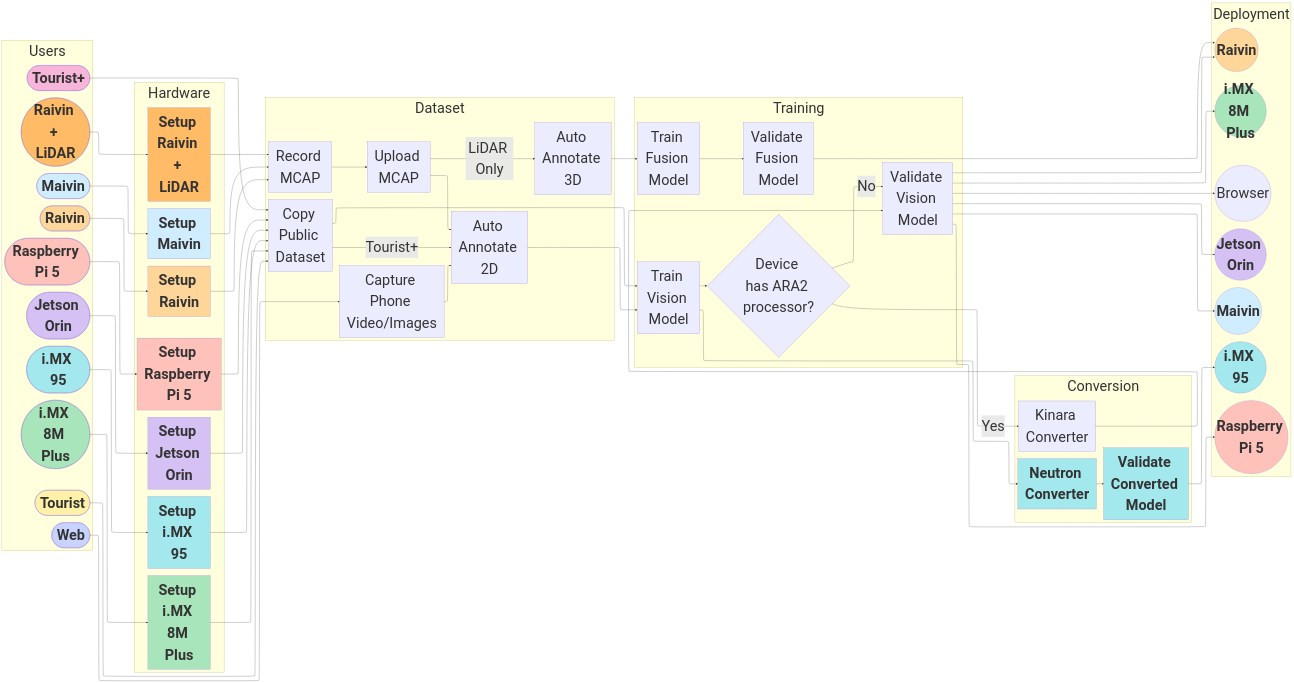
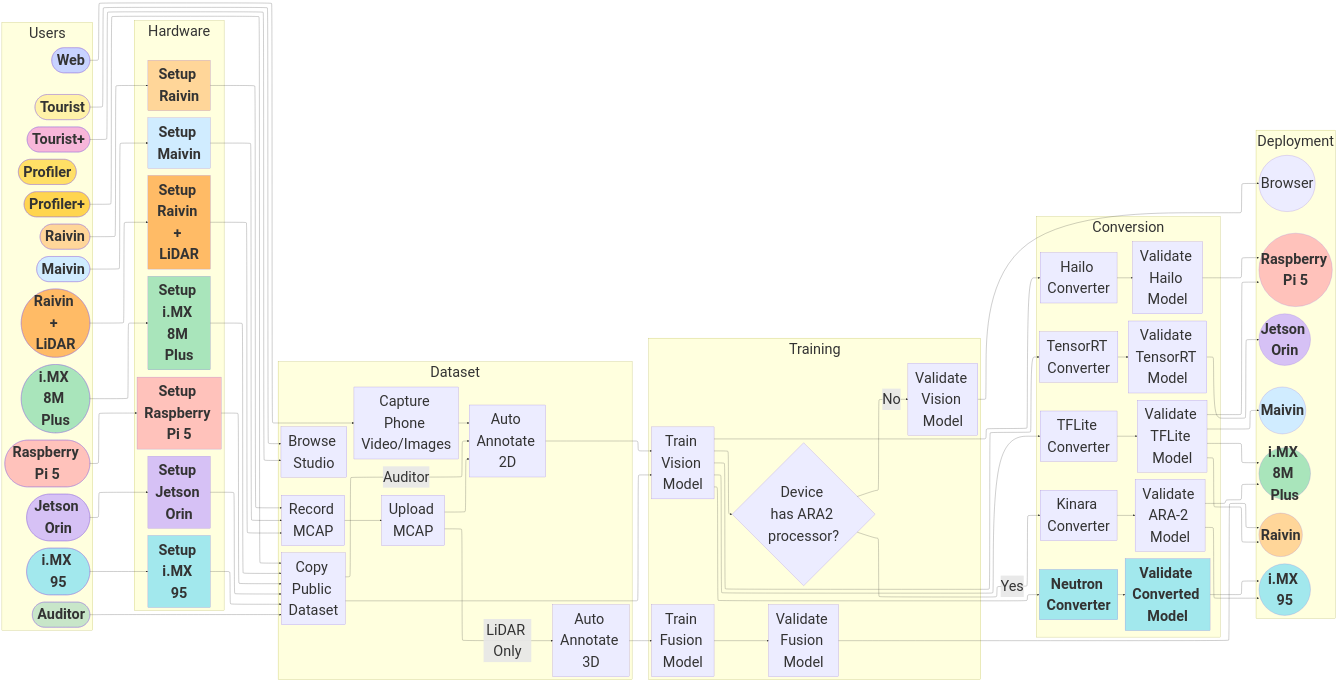
One commit to EdgeFirstAI/documentation changed the second of 2 diagrams in docs/getting_started/workflows/index.md. Above: the diagram before and after it, drawn with Mermaid. The commit also changed other lines of this file and 44 other files, not shown here.

````diff
--- a/docs/getting_started/workflows/index.md
+++ b/docs/getting_started/workflows/index.md
@@ -96,5 +120,5 @@
 ```mermaid
-%%{init: {"flowchart": {"defaultRenderer": "elk", "nodeSpacing": 60}, "themeVariables": { "fontSize": "60px" }} }%%
+%%{init: {"flowchart": {"defaultRenderer": "elk", "nodeSpacing": 60, "rankSpacing": 80}, "elk": {"algorithm": "layered", "elk.spacing.nodeNode": 40, "elk.layered.spacing.nodeNodeBetweenLayers": 80}, "themeVariables": { "fontSize": "60px" }} }%%
 flowchart LR
     %% ---------------- USERS ----------------
     subgraph Users
@@ -106,25 +130,37 @@
     tourist_plus([Tourist+]):::pink
     click tourist_plus "tourist_plus" "Open Tourist Plus Workflow"
 
+    profiler_user([Profiler]):::gold
+    click profiler_user "profiler" "Open Profiler Workflow"
+
+    profiler_plus_user([Profiler+]):::amber
+    click profiler_plus_user "profiler_plus" "Open Profiler Plus Workflow"
+
+    auditor_user([Auditor]):::sage
+    click auditor_user "auditor" "Open Auditor Workflow"
+
     web_user([Web]):::indigo
     click web_user "web" "Open Web Workflow"
 
     maivin_user([Maivin]):::blue
-    click maivin_user "maivin" "Open Maivin Workflow"
+    click maivin_user "/platforms/quickstart/maivin/" "Open Maivin Workflow"
 
     raivin_user([Raivin]):::orange
-    click raivin_user "raivin" "Open Raivin Workflow"
+    click raivin_user "/platforms/quickstart/raivin/" "Open Raivin Workflow"
 
     raivin_lidar_user([Raivin + LiDAR]):::darker_orange
+
     imx8mp_user([i.MX 8M Plus]):::green
-    click imx8mp_user "imx8mp" "Open i.MX 8M Plus Workflow"
+    click imx8mp_user "/platforms/quickstart/imx8mplus/" "Open i.MX 8M Plus Workflow"
 
     imx95_user([i.MX 95]):::teal
+    click imx95_user "/platforms/quickstart/imx95/" "Open i.MX 95 Workflow"
 
     orin_user([Jetson Orin]):::purple
-    click orin_user "jetson" "Open Jetson Orin Workflow"
+    click orin_user "/platforms/quickstart/jetson_orin/" "Open Jetson Orin Workflow"
 
     pi_user([Raspberry Pi 5]):::coral
+    click pi_user "/platforms/quickstart/raspberrypi/" "Open Raspberry Pi Workflow"
     end
 
     %% ---------------- HARDWARE ----------------
@@ -173,34 +209,67 @@
 
     audit_3d[Auto Annotate 3D]
     click audit_3d "../../datasets/tutorials/annotations/automatic/" "Auto Annotate 3D"
+
+    browse_studio[Browse Studio]
     end
 
-    %% ---------------- TRAINING ----------------
-    subgraph Training
+    %% ---------------- TRAINING + CONVERSION ----------------
+    subgraph TrainConvert[" "]
     direction TB
-    train_2d[Train Vision Model]
-    click train_2d "../../models/training/vision" "Open Training Vision"
+        %% ---------------- TRAINING ----------------
+        subgraph Training
+        direction TB
+        training_pad[" "]:::invisible
+        train_2d[Train Vision Model]
+        click train_2d "../../models/training/vision" "Open Training Vision"
 
-    ara2{Device has ARA2 processor?}
-    validate_2d[Validate Vision Model]
-    click validate_2d "../../models/validation/vision/user_managed" "Open Validating Vision"
+        ara2{Device has ARA2 processor?}
+        validate_2d[Validate Vision Model]
+        click validate_2d "../../models/validation/vision/user_managed" "Open Validating Vision"
 
-    train_3d[Train Fusion Model]
-    click train_3d "../../models/training/fusion" "Open Training Fusion"
+        train_3d[Train Fusion Model]
+        click train_3d "../../models/training/fusion" "Open Training Fusion"
 
-    validate_3d[Validate Fusion Model]
-    click validate_3d "../../models/validation/fusion/managed" "Open Validating Fusion"
-    end
+        validate_3d[Validate Fusion Model]
+        click validate_3d "../../models/validation/fusion/managed" "Open Validating Fusion"
+        training_pad_bottom[" "]:::invisible
+        end
 
-    %% ---------------- CONVERSION ----------------
-    subgraph Conversion
-    direction TB
-    neutron_converter[Neutron Converter]:::teal
-    click neutron_converter "../../models/ultralytics/neutron" "Open Neutron Converter"
+        %% ---------------- CONVERSION ----------------
+        subgraph Conversion
+        direction TB
+        conversion_pad[" "]:::invisible
+        tflite_converter[TFLite Converter]
+        click tflite_converter "../../models/conversion/tflite/" "Open TFLite Converter"
 
-    kinara_converter[Kinara Converter]
-    validate_imx95[Validate Converted Model]:::teal
-    click validate_imx95 "../../models/validation/vision/user_managed" "Open Validating Vision"
+        hailo_converter[Hailo Converter]
+        click hailo_converter "../../models/conversion/hailo/" "Open Hailo Converter"
+
+        tensorrt_converter[TensorRT Converter]
+        click tensorrt_converter "../../models/conversion/tensorrt/" "Open TensorRT Converter"
+
+        neutron_converter[Neutron Converter]:::teal
+        click neutron_converter "../../models/conversion/neutron/" "Open Neutron Converter"
+
+        kinara_converter[Kinara Converter]
+        click kinara_converter "../../models/conversion/ara2/" "Open Kinara Converter"
+
+        validate_tflite[Validate TFLite Model]
+        click validate_tflite "../../models/validation/vision/user_managed" "Open Validating Vision"
+
+        validate_hailo[Validate Hailo Model]
+        click validate_hailo "../../models/validation/vision/user_managed" "Open Validating Vision"
+
+        validate_tensorrt[Validate TensorRT Model]
+        click validate_tensorrt "../../models/validation/vision/user_managed" "Open Validating Vision"
+
+        validate_ara2[Validate ARA-2 Model]
+        click validate_ara2 "../../models/validation/vision/user_managed" "Open Validating Vision"
+
+        validate_imx95[Validate Converted Model]:::teal
+        click validate_imx95 "../../models/validation/vision/user_managed" "Open Validating Vision"
+        conversion_pad_bottom[" "]:::invisible
+        end
     end
 
     %% ---------------- DEPLOYMENT ----------------
@@ -223,9 +292,11 @@
     click pi "../../platforms/quickstart/raspberrypi/deploy" "Open Raspberry Pi Deploy"
 
     browser((Browser))
+    click browser "../../models/deployment/studio/" "Open Browser Deploy"
 
     imx95((i.MX 95)):::teal
     click imx95 "../../platforms/quickstart/imx95/deploy" "Open i.MX 95 Deploy"
+    deployment_pad_bottom[" "]:::invisible
     end
 
     %% ---------------- USER → SETUP ----------------
@@ -247,8 +318,10 @@
     imx95_setup --> copy_dataset
     orin_setup --> copy_dataset
     pi_setup --> copy_dataset
-    tourist --> copy_dataset
-    tourist_plus --> copy_dataset
+    tourist --> browse_studio
+    tourist_plus --> browse_studio
+    auditor_user --> copy_dataset
+    profiler_plus_user --> copy_dataset
 
     %% ---------------- DATA FLOW ----------------
     record_mcap --> snapshot
@@ -257,23 +330,32 @@
 
     capture --> audit_2d
     copy_dataset --> train_2d
-    copy_dataset -- Tourist+ --> audit_2d
+    copy_dataset -- Auditor --> audit_2d
 
     %% ---------------- TRAINING PIPELINE ----------------
     train_2d --> ara2
-    ara2 -- Yes --> kinara_converter --> validate_2d
+    ara2 -- Yes --> kinara_converter --> validate_ara2
     ara2 -- No --> validate_2d
 
     train_2d --> neutron_converter --> validate_imx95
+    train_2d --> tflite_converter --> validate_tflite
+    train_2d --> hailo_converter --> validate_hailo
+    train_2d --> tensorrt_converter --> validate_tensorrt
     train_3d --> validate_3d
 
     %% ---------------- DEPLOYMENT ----------------
     validate_2d --> browser
-    validate_2d --> maivin
-    validate_2d --> imx8mp
-    validate_2d --> orin
-    validate_2d --> pi
-    validate_2d --> raivin
+    validate_tflite --> maivin
+    validate_tflite --> imx8mp
+    validate_tflite --> pi
+    validate_tflite --> raivin
+
+    validate_hailo --> pi
+
+    validate_tensorrt --> orin
+
+    validate_ara2 --> imx8mp
+    validate_ara2 --> imx95
 
     validate_3d --> raivin
     validate_imx95 --> imx95
@@ -289,5 +371,9 @@
     classDef green fill:#a9e5bb,font-weight:bold;
     classDef purple fill:#d6c1f5,font-weight:bold;
     classDef coral fill:#ffc2bb,font-weight:bold;
+    classDef gold fill:#ffe066,font-weight:bold;
+    classDef amber fill:#ffd54f,font-weight:bold;
+    classDef sage fill:#c8e6c9,font-weight:bold;
     classDef invisible fill:transparent,stroke:transparent;
+    style TrainConvert fill:transparent,stroke:transparent;
 ```
````
